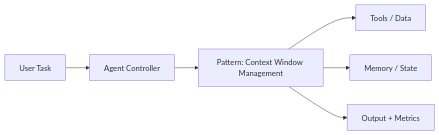
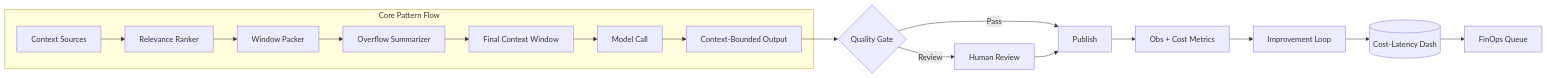
One commit to vivekreeves/agentic-design-patterns-lab changed the diagram in notebooks/level_06_agent_operations_and_finops/33_context_window_management_architecture.md. Above: the diagram before and after it, drawn with Mermaid. The commit also changed 71 other files, not shown here.

````diff
--- a/notebooks/level_06_agent_operations_and_finops/33_context_window_management_architecture.md
+++ b/notebooks/level_06_agent_operations_and_finops/33_context_window_management_architecture.md
@@ -5,8 +5,19 @@
 ```mermaid
 flowchart LR
-  Q[User Task] --> A[Agent Controller]
-  A --> P[Pattern: Context Window Management]
-  P --> T[Tools / Data]
-  P --> M[Memory / State]
-  P --> O[Output + Metrics]
+  subgraph CoreFlow[Core Pattern Flow]
+    S[Context Sources] --> RK[Relevance Ranker]
+    RK --> PK[Window Packer]
+    PK --> OF[Overflow Summarizer]
+    OF --> CTX[Final Context Window]
+    CTX --> M[Model Call]
+    M --> O[Context-Bounded Output]
+  end
+  O --> QG{Quality Gate}
+  QG -->|Pass| PUB[Publish]
+  QG -->|Review| HREV[Human Review]
+  HREV --> PUB
+  PUB --> OBS[Obs + Cost Metrics]
+  OBS --> LOOP[Improvement Loop]
+  LOOP --> CDB[(Cost-Latency Dash)]
+  CDB --> ACT[FinOps Queue]
 ```
````
